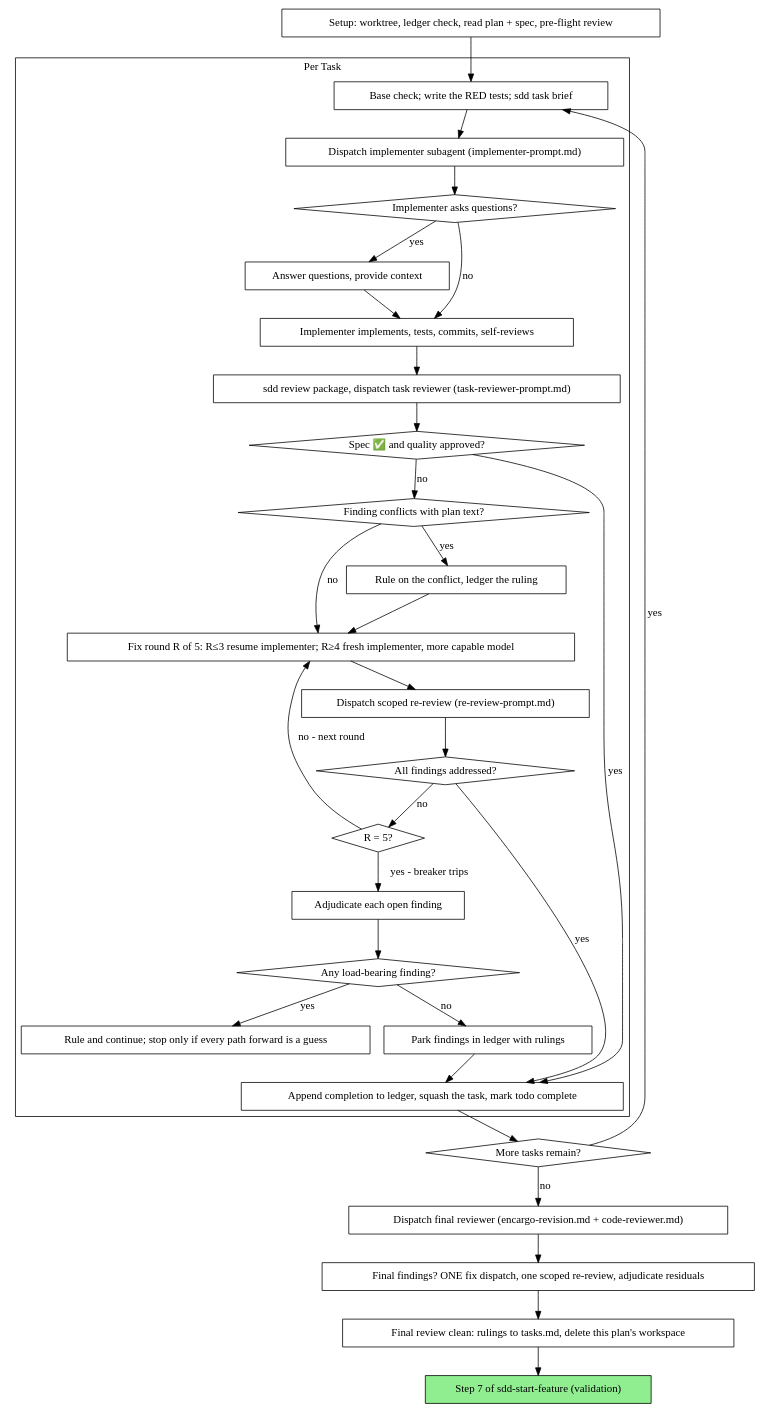
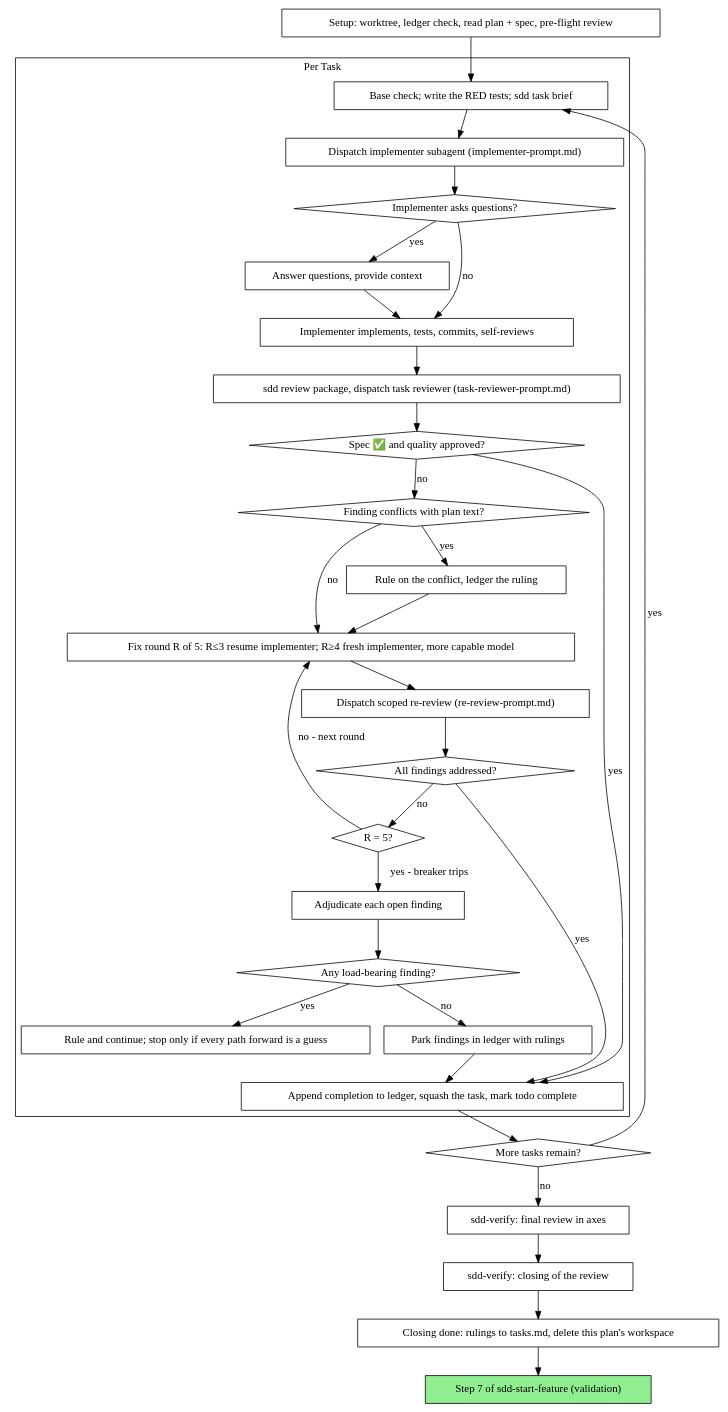
Before and after one commit to pikachumetal/sdd-kit: the second of 2 diagrams in skills/sdd-implement/SKILL.md, drawn with Graphviz. The commit also changed other lines of this file and 123 other files, not shown here.

First line of the commit message:
feat(sdd-verify): la revisión final sale por ejes

````diff
--- a/skills/sdd-implement/SKILL.md
+++ b/skills/sdd-implement/SKILL.md
@@ -125,64 +125,64 @@
 ```dot
 digraph sdd {
     rankdir=TB;
 
     subgraph cluster_per_task {
         label="Per Task";
         "Base check; write the RED tests; sdd task brief" [shape=box];
         "Dispatch implementer subagent (implementer-prompt.md)" [shape=box];
         "Implementer asks questions?" [shape=diamond];
         "Answer questions, provide context" [shape=box];
         "Implementer implements, tests, commits, self-reviews" [shape=box];
         "sdd review package, dispatch task reviewer (task-reviewer-prompt.md)" [shape=box];
         "Spec ✅ and quality approved?" [shape=diamond];
         "Finding conflicts with plan text?" [shape=diamond];
         "Rule on the conflict, ledger the ruling" [shape=box];
         "Fix round R of 5: R≤3 resume implementer; R≥4 fresh implementer, more capable model" [shape=box];
         "Dispatch scoped re-review (re-review-prompt.md)" [shape=box];
         "All findings addressed?" [shape=diamond];
         "R = 5?" [shape=diamond];
         "Adjudicate each open finding" [shape=box];
         "Any load-bearing finding?" [shape=diamond];
         "Rule and continue; stop only if every path forward is a guess" [shape=box];
         "Park findings in ledger with rulings" [shape=box];
         "Append completion to ledger, squash the task, mark todo complete" [shape=box];
     }
 
     "Setup: worktree, ledger check, read plan + spec, pre-flight review" [shape=box];
     "More tasks remain?" [shape=diamond];
-    "Dispatch final reviewer (encargo-revision.md + code-reviewer.md)" [shape=box];
-    "Final findings? ONE fix dispatch, one scoped re-review, adjudicate residuals" [shape=box];
-    "Final review clean: rulings to tasks.md, delete this plan's workspace" [shape=box];
+    "sdd-verify: final review in axes" [shape=box];
+    "sdd-verify: closing of the review" [shape=box];
+    "Closing done: rulings to tasks.md, delete this plan's workspace" [shape=box];
     "Step 7 of sdd-start-feature (validation)" [shape=box style=filled fillcolor=lightgreen];
 
     "Setup: worktree, ledger check, read plan + spec, pre-flight review" -> "Base check; write the RED tests; sdd task brief";
     "Base check; write the RED tests; sdd task brief" -> "Dispatch implementer subagent (implementer-prompt.md)";
     "Dispatch implementer subagent (implementer-prompt.md)" -> "Implementer asks questions?";
     "Implementer asks questions?" -> "Answer questions, provide context" [label="yes"];
     "Answer questions, provide context" -> "Implementer implements, tests, commits, self-reviews";
     "Implementer asks questions?" -> "Implementer implements, tests, commits, self-reviews" [label="no"];
     "Implementer implements, tests, commits, self-reviews" -> "sdd review package, dispatch task reviewer (task-reviewer-prompt.md)";
     "sdd review package, dispatch task reviewer (task-reviewer-prompt.md)" -> "Spec ✅ and quality approved?";
     "Spec ✅ and quality approved?" -> "Append completion to ledger, squash the task, mark todo complete" [label="yes"];
     "Spec ✅ and quality approved?" -> "Finding conflicts with plan text?" [label="no"];
     "Finding conflicts with plan text?" -> "Rule on the conflict, ledger the ruling" [label="yes"];
     "Rule on the conflict, ledger the ruling" -> "Fix round R of 5: R≤3 resume implementer; R≥4 fresh implementer, more capable model";
     "Finding conflicts with plan text?" -> "Fix round R of 5: R≤3 resume implementer; R≥4 fresh implementer, more capable model" [label="no"];
     "Fix round R of 5: R≤3 resume implementer; R≥4 fresh implementer, more capable model" -> "Dispatch scoped re-review (re-review-prompt.md)";
     "Dispatch scoped re-review (re-review-prompt.md)" -> "All findings addressed?";
     "All findings addressed?" -> "Append completion to ledger, squash the task, mark todo complete" [label="yes"];
     "All findings addressed?" -> "R = 5?" [label="no"];
     "R = 5?" -> "Fix round R of 5: R≤3 resume implementer; R≥4 fresh implementer, more capable model" [label="no - next round"];
     "R = 5?" -> "Adjudicate each open finding" [label="yes - breaker trips"];
     "Adjudicate each open finding" -> "Any load-bearing finding?";
     "Any load-bearing finding?" -> "Rule and continue; stop only if every path forward is a guess" [label="yes"];
     "Any load-bearing finding?" -> "Park findings in ledger with rulings" [label="no"];
     "Park findings in ledger with rulings" -> "Append completion to ledger, squash the task, mark todo complete";
     "Append completion to ledger, squash the task, mark todo complete" -> "More tasks remain?";
     "More tasks remain?" -> "Base check; write the RED tests; sdd task brief" [label="yes"];
-    "More tasks remain?" -> "Dispatch final reviewer (encargo-revision.md + code-reviewer.md)" [label="no"];
-    "Dispatch final reviewer (encargo-revision.md + code-reviewer.md)" -> "Final findings? ONE fix dispatch, one scoped re-review, adjudicate residuals";
-    "Final findings? ONE fix dispatch, one scoped re-review, adjudicate residuals" -> "Final review clean: rulings to tasks.md, delete this plan's workspace";
-    "Final review clean: rulings to tasks.md, delete this plan's workspace" -> "Step 7 of sdd-start-feature (validation)";
+    "More tasks remain?" -> "sdd-verify: final review in axes" [label="no"];
+    "sdd-verify: final review in axes" -> "sdd-verify: closing of the review";
+    "sdd-verify: closing of the review" -> "Closing done: rulings to tasks.md, delete this plan's workspace";
+    "Closing done: rulings to tasks.md, delete this plan's workspace" -> "Step 7 of sdd-start-feature (validation)";
 }
 ```
````
